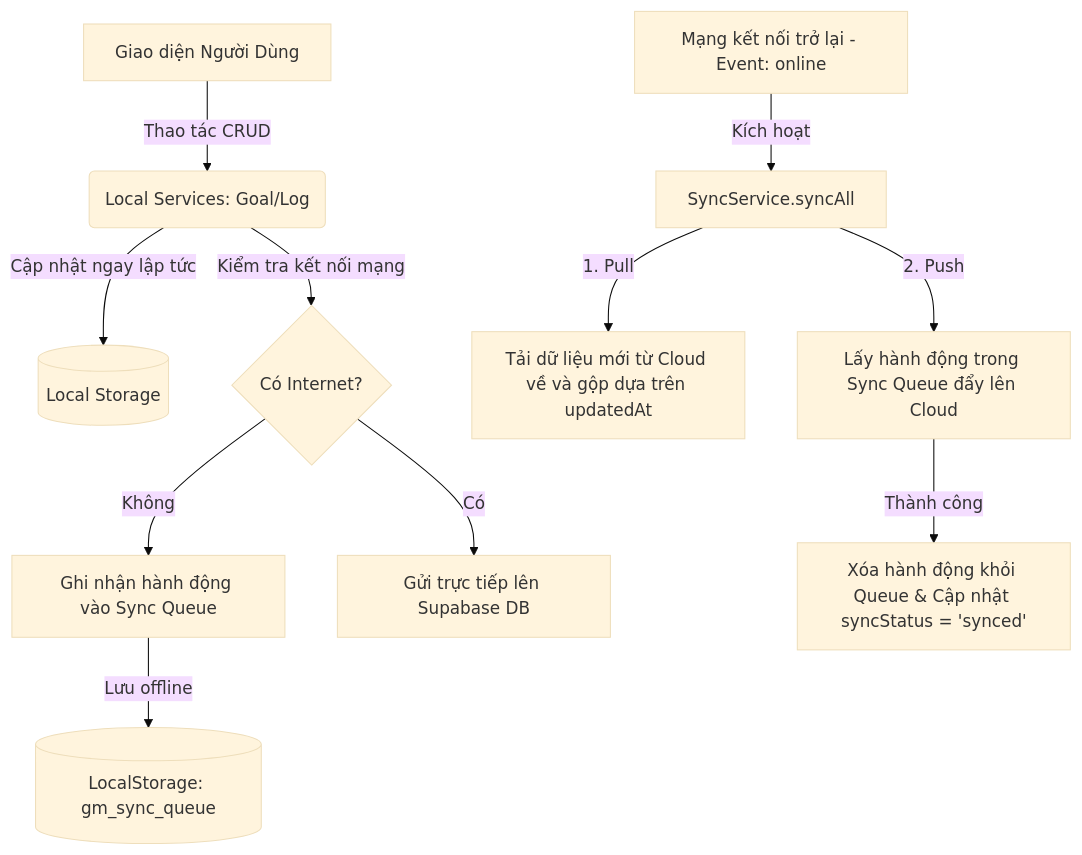
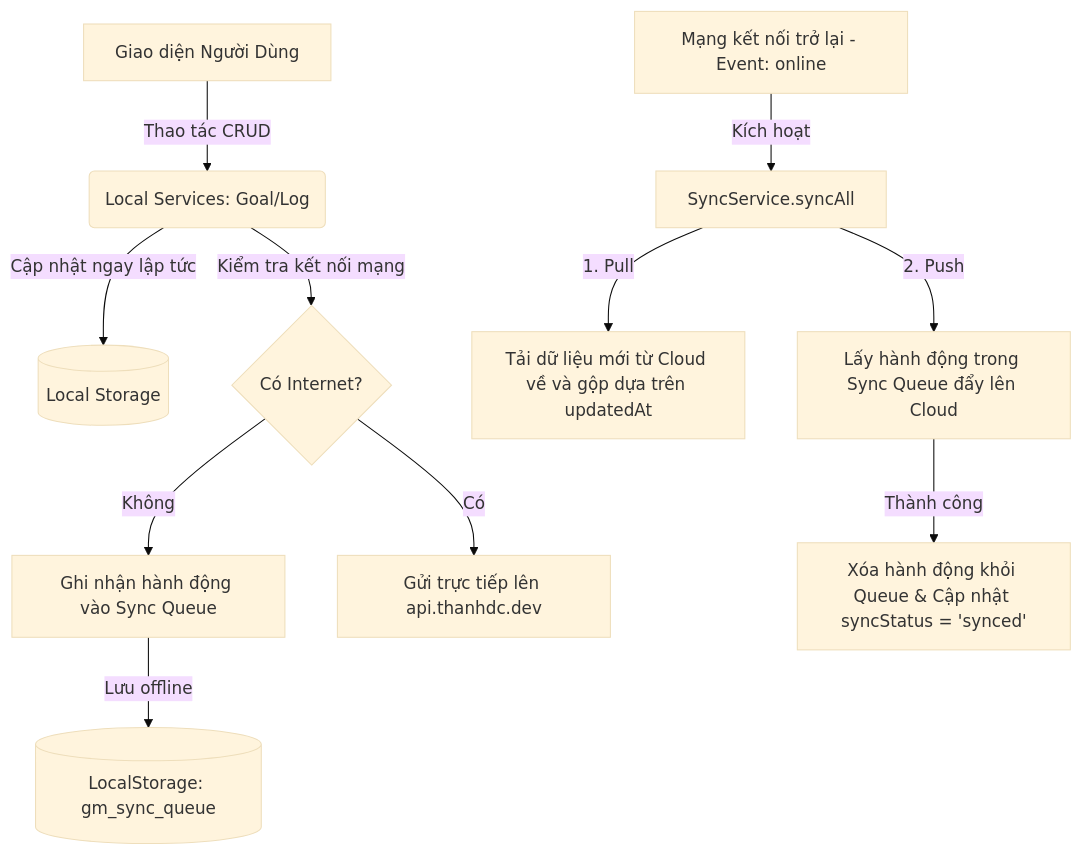
Before and after one commit to thanhdc-dev/goal-manager: the diagram in README.md, drawn with Mermaid (base theme). The commit also changed other lines of this file and 21 other files, not shown here.

````diff
--- a/README.md
+++ b/README.md
@@ -102,14 +102,14 @@
 ```mermaid
 graph TD
     A[Giao diện Người Dùng] -->|Thao tác CRUD| B(Local Services: Goal/Log)
     B -->|Cập nhật ngay lập tức| C[(Local Storage)]
     B -->|Kiểm tra kết nối mạng| D{Có Internet?}
     D -->|Không| E[Ghi nhận hành động vào Sync Queue]
     E -->|Lưu offline| F[(LocalStorage: gm_sync_queue)]
-    D -->|Có| G[Gửi trực tiếp lên Supabase DB]
+    D -->|Có| G[Gửi trực tiếp lên api.thanhdc.dev]
 
     H[Mạng kết nối trở lại - Event: online] -->|Kích hoạt| I[SyncService.syncAll]
     I -->|1. Pull| J[Tải dữ liệu mới từ Cloud về và gộp dựa trên updatedAt]
     I -->|2. Push| K[Lấy hành động trong Sync Queue đẩy lên Cloud]
     K -->|Thành công| L[Xóa hành động khỏi Queue & Cập nhật syncStatus = 'synced']
 ```
````
